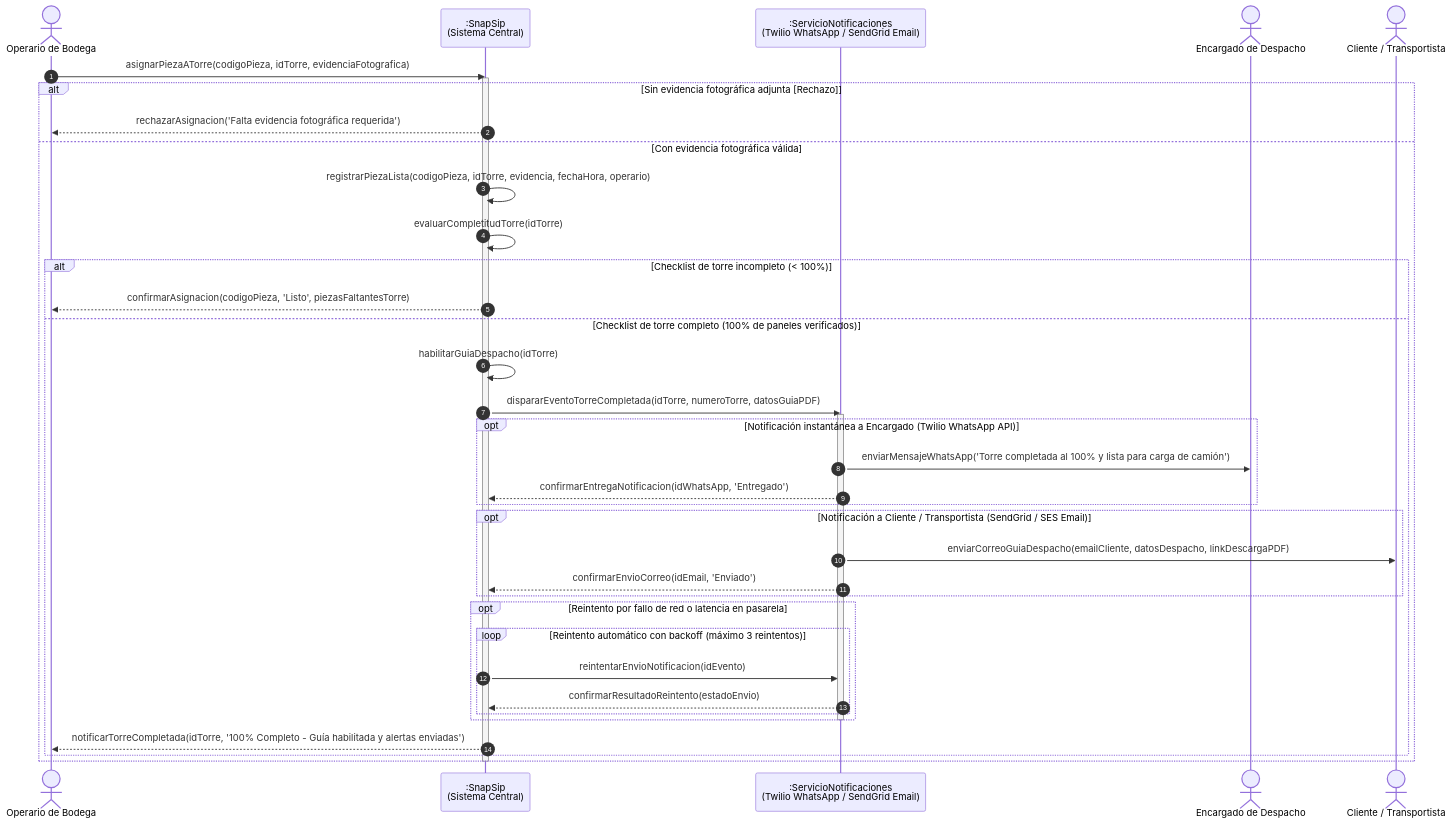
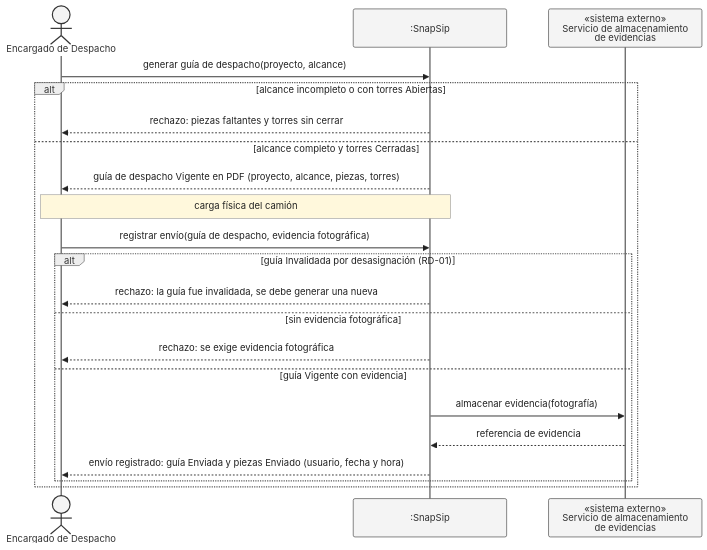
One commit to Foyzen-Kaze/snapsip changed the diagram in diagramas/dss-02.mmd. Above: the diagram before and after it, drawn with Mermaid. The commit also changed 3 other files, not shown here.

```diff
--- a/diagramas/dss-02.mmd
+++ b/diagramas/dss-02.mmd
@@ -1,46 +1,42 @@
+---
+config:
+  theme: neutral
+  themeVariables:
+    actorBorder: "#333333"
+    actorBkg: "#f4f4f4"
+    actorLineColor: "#555555"
+    signalColor: "#222222"
+    signalTextColor: "#222222"
+    labelBoxBorderColor: "#555555"
+    labelBoxBkgColor: "#eeeeee"
+    loopTextColor: "#222222"
+    noteBkgColor: "#fff8dc"
+    noteBorderColor: "#999999"
+    noteTextColor: "#222222"
+  themeCSS: ".loopText, .loopText tspan, .messageText, .labelText { paint-order: stroke !important; stroke: #ffffff !important; stroke-width: 6px !important; stroke-linejoin: round; }"
+  sequence:
+    width: 260
+    actorMargin: 70
+---
 sequenceDiagram
-    autonumber
-    actor Operario as Operario de Bodega
-    participant Sistema as :SnapSip<br/>(Sistema Central)
-    participant Notif as :ServicioNotificaciones<br/>(Twilio WhatsApp / SendGrid Email)
-    actor Encargado as Encargado de Despacho
-    actor Transportista as Cliente / Transportista
+    actor ED as Encargado de Despacho
+    participant SS as :SnapSip
+    participant ALM as «sistema externo»<br/>Servicio de almacenamiento<br/>de evidencias
 
-    Operario->>Sistema: asignarPiezaATorre(codigoPieza, idTorre, evidenciaFotografica)
-    activate Sistema
-
-    alt Sin evidencia fotográfica adjunta [Rechazo]
-        Sistema-->>Operario: rechazarAsignacion('Falta evidencia fotográfica requerida')
-    else Con evidencia fotográfica válida
-        Sistema->>Sistema: registrarPiezaLista(codigoPieza, idTorre, evidencia, fechaHora, operario)
-        Sistema->>Sistema: evaluarCompletitudTorre(idTorre)
-
-        alt Checklist de torre incompleto (< 100%)
-            Sistema-->>Operario: confirmarAsignacion(codigoPieza, 'Listo', piezasFaltantesTorre)
-        else Checklist de torre completo (100% de paneles verificados)
-            Sistema->>Sistema: habilitarGuiaDespacho(idTorre)
-            Sistema->>Notif: dispararEventoTorreCompletada(idTorre, numeroTorre, datosGuiaPDF)
-            activate Notif
-
-            opt Notificación instantánea a Encargado (Twilio WhatsApp API)
-                Notif->>Encargado: enviarMensajeWhatsApp('Torre completada al 100% y lista para carga de camión')
-                Notif-->>Sistema: confirmarEntregaNotificacion(idWhatsApp, 'Entregado')
-            end
-
-            opt Notificación a Cliente / Transportista (SendGrid / SES Email)
-                Notif->>Transportista: enviarCorreoGuiaDespacho(emailCliente, datosDespacho, linkDescargaPDF)
-                Notif-->>Sistema: confirmarEnvioCorreo(idEmail, 'Enviado')
-            end
-
-            opt Reintento por fallo de red o latencia en pasarela
-                loop Reintento automático con backoff (máximo 3 reintentos)
-                    Sistema->>Notif: reintentarEnvioNotificacion(idEvento)
-                    Notif-->>Sistema: confirmarResultadoReintento(estadoEnvio)
-                end
-            end
-            deactivate Notif
-
-            Sistema-->>Operario: notificarTorreCompletada(idTorre, '100% Completo - Guía habilitada y alertas enviadas')
+    ED->>SS: generar guía de despacho(proyecto, alcance)
+    alt alcance incompleto o con torres Abiertas
+        SS-->>ED: rechazo: piezas faltantes y torres sin cerrar
+    else alcance completo y torres Cerradas
+        SS-->>ED: guía de despacho Vigente en PDF (proyecto, alcance, piezas, torres)
+        Note over ED,SS: carga física del camión
+        ED->>SS: registrar envío(guía de despacho, evidencia fotográfica)
+        alt guía Invalidada por desasignación (RD-01)
+            SS-->>ED: rechazo: la guía fue invalidada, se debe generar una nueva
+        else sin evidencia fotográfica
+            SS-->>ED: rechazo: se exige evidencia fotográfica
+        else guía Vigente con evidencia
+            SS->>ALM: almacenar evidencia(fotografía)
+            ALM-->>SS: referencia de evidencia
+            SS-->>ED: envío registrado: guía Enviada y piezas Enviado (usuario, fecha y hora)
         end
     end
-    deactivate Sistema
```
